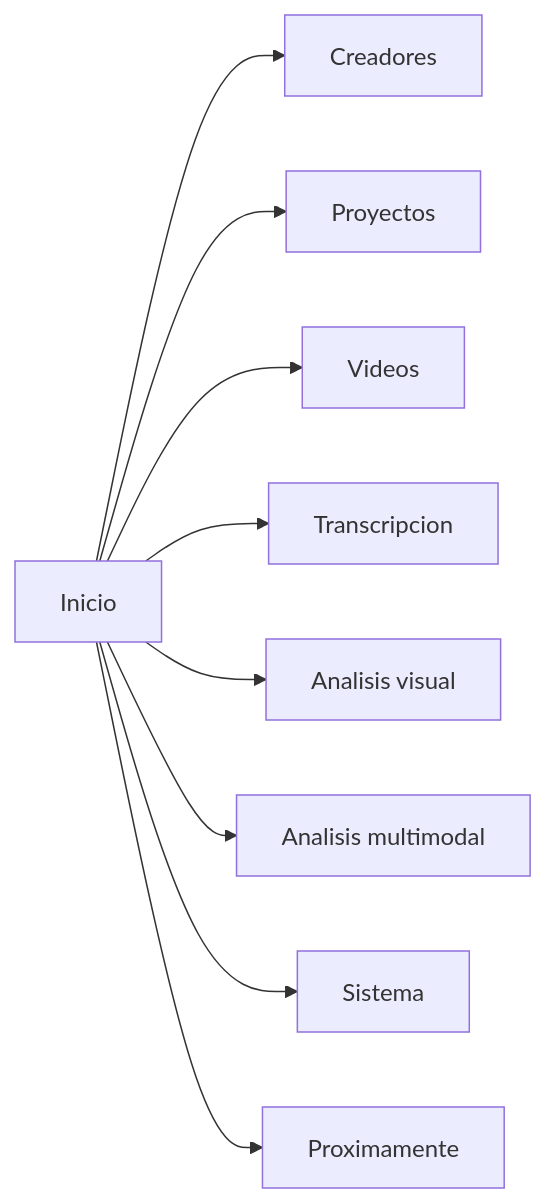
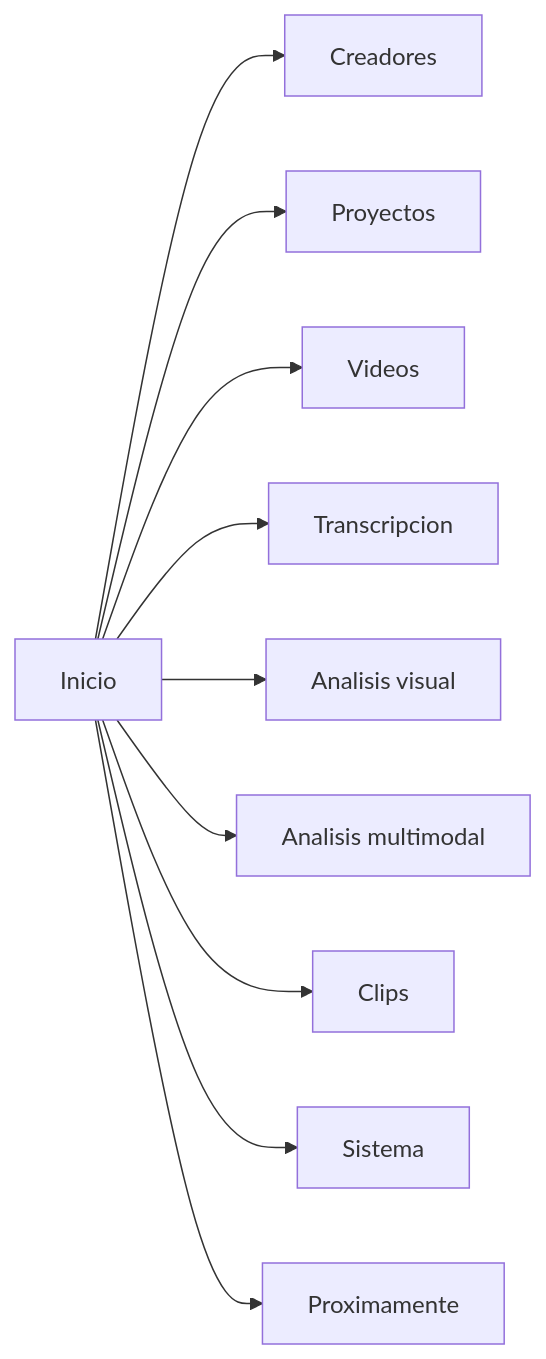
Before and after one commit to AS26-Lab/Creator_Inteligence_Studio: the diagram in docs/UI_MAP.md, drawn with Mermaid. The commit also changed other lines of this file and 36 other files, not shown here.

````diff
--- a/docs/UI_MAP.md
+++ b/docs/UI_MAP.md
@@ -5,11 +5,12 @@
 ```mermaid
 flowchart LR
     Home[Inicio] --> Creators[Creadores]
     Home --> Projects[Proyectos]
     Home --> Media[Videos]
     Home --> Transcription[Transcripcion]
     Home --> Visual[Analisis visual]
     Home --> Multimodal[Analisis multimodal]
+    Home --> Clips[Clips]
     Home --> System[Sistema]
     Home --> Future[Proximamente]
 ```
````
